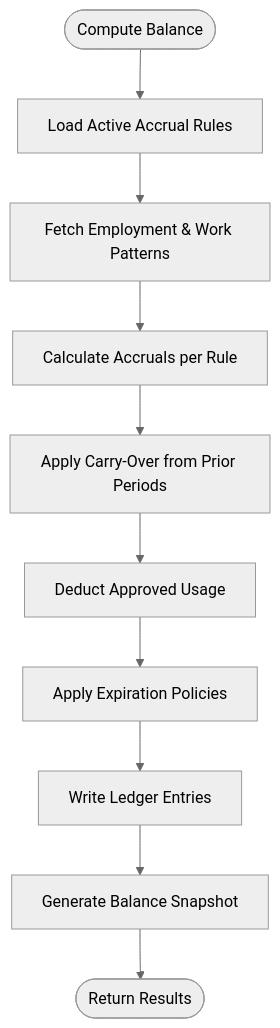
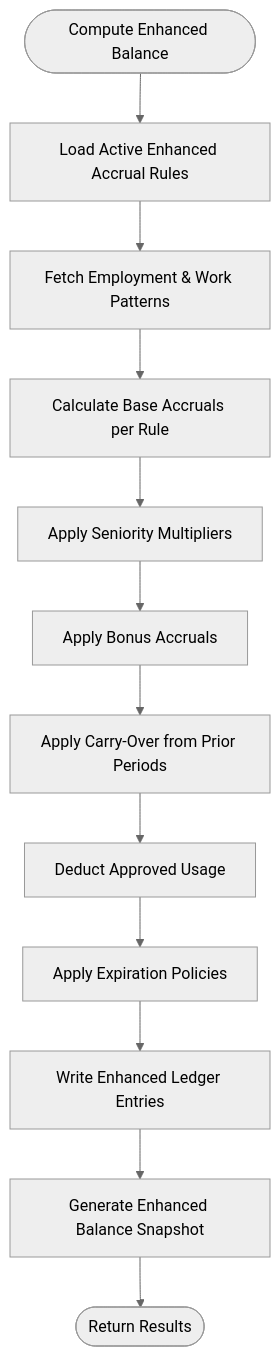
The sixth of 10 diagrams in .qoder/repowiki/en/content/Advanced Features/Leave Management/Accrual Engine.md (EdwinCycling/LiquidHR), drawn with Mermaid (neutral theme) before and after one commit. The commit also changed other lines of this file and 120 other files, not shown here.

````diff
--- a/.qoder/repowiki/en/content/Advanced Features/Leave Management/Accrual Engine.md
+++ b/.qoder/repowiki/en/content/Advanced Features/Leave Management/Accrual Engine.md
@@ -309,12 +346,14 @@
 ```mermaid
 flowchart TD
-Start(["Compute Balance"]) --> LoadRules["Load Active Accrual Rules"]
+Start(["Compute Enhanced Balance"]) --> LoadRules["Load Active Enhanced Accrual Rules"]
 LoadRules --> FetchData["Fetch Employment & Work Patterns"]
-FetchData --> CalculateAccruals["Calculate Accruals per Rule"]
-CalculateAccruals --> ApplyCarryOver["Apply Carry-Over from Prior Periods"]
+FetchData --> CalculateBaseAccruals["Calculate Base Accruals per Rule"]
+CalculateBaseAccruals --> ApplySeniority["Apply Seniority Multipliers"]
+ApplySeniority --> ApplyBonus["Apply Bonus Accruals"]
+ApplyBonus --> ApplyCarryOver["Apply Carry-Over from Prior Periods"]
 ApplyCarryOver --> DeductUsage["Deduct Approved Usage"]
 DeductUsage --> ApplyExpiration["Apply Expiration Policies"]
-ApplyExpiration --> UpdateLedger["Write Ledger Entries"]
-UpdateLedger --> Snapshot["Generate Balance Snapshot"]
+ApplyExpiration --> UpdateLedger["Write Enhanced Ledger Entries"]
+UpdateLedger --> Snapshot["Generate Enhanced Balance Snapshot"]
 Snapshot --> End(["Return Results"])
 ```
````
